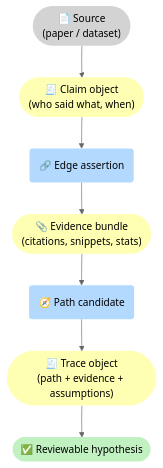
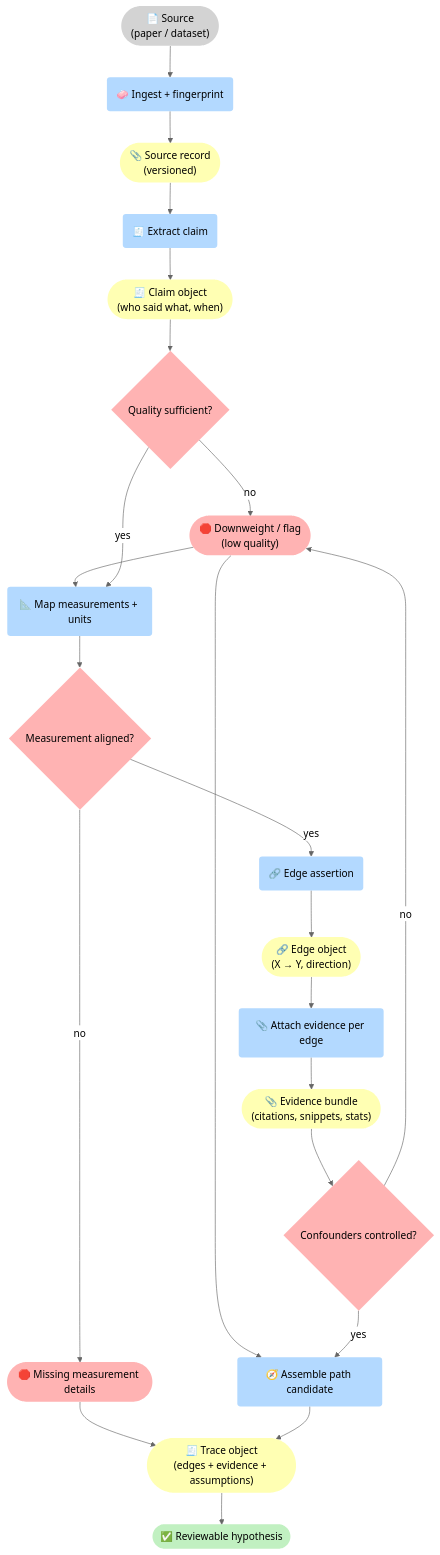
One commit to 5Reasons/5reasons.github.io changed the second of 3 diagrams in docs/case-studies/biomedicine.md. Above: the diagram before and after it, drawn with Mermaid (neutral theme). The commit also changed other lines of this file and 8 other files, not shown here.

First line of the commit message:
Enhance case studies with detailed flowcharts and explicit gates

````diff
--- a/docs/case-studies/biomedicine.md
+++ b/docs/case-studies/biomedicine.md
@@ -104,19 +104,44 @@
 ```mermaid
 flowchart TB
 %% Styles (brModel Standard)
 classDef i fill:#D3D3D3,stroke-width:0px,color:#000;
 classDef p fill:#B3D9FF,stroke-width:0px,color:#000;
 classDef r fill:#FFFFB3,stroke-width:0px,color:#000;
 classDef o fill:#C1F0C1,stroke-width:0px,color:#000;
 classDef s fill:#FFB3B3,stroke-width:0px,color:#000;
 
 I_S(["📄 Source<br>(paper / dataset)"]):::i
+P_Ingest("🧼 Ingest + fingerprint"):::p
+R_Src(["📎 Source record<br>(versioned)"]):::r
+
+P_Extract("🧾 Extract claim"):::p
 R_C(["🧾 Claim object<br>(who said what, when)"]):::r
+G_Q{"Quality sufficient?"}:::s
+S_Down(["🛑 Downweight / flag<br>(low quality)"]):::s
+
+P_Map("📐 Map measurements + units"):::p
+G_Meas{"Measurement aligned?"}:::s
+S_Ask(["🛑 Missing measurement details"]):::s
+
 P_E("🔗 Edge assertion"):::p
+R_Edge(["🔗 Edge object<br>(X → Y, direction)"]):::r
+
+P_Ev("📎 Attach evidence per edge"):::p
 R_Ev(["📎 Evidence bundle<br>(citations, snippets, stats)"]):::r
-P_Path("🧭 Path candidate"):::p
-R_T(["🧾 Trace object<br>(path + evidence + assumptions)"]):::r
-O_Out(["✅ Reviewable hypothesis"]):::o
+G_Conf{"Confounders controlled?"}:::s
 
-I_S --> R_C --> P_E --> R_Ev --> P_Path --> R_T --> O_Out
+P_Path("🧭 Assemble path candidate"):::p
+R_T(["🧾 Trace object<br>(edges + evidence + assumptions)"]):::r
+O_Out(["✅ Reviewable hypothesis" ]):::o
+
+I_S --> P_Ingest --> R_Src --> P_Extract --> R_C --> G_Q
+G_Q -->|"no"| S_Down --> P_Map
+G_Q -->|"yes"| P_Map
+
+P_Map --> G_Meas
+G_Meas -->|"no"| S_Ask --> R_T
+G_Meas -->|"yes"| P_E --> R_Edge --> P_Ev --> R_Ev --> G_Conf
+
+G_Conf -->|"no"| S_Down --> P_Path
+G_Conf -->|"yes"| P_Path --> R_T --> O_Out
 ```
````
